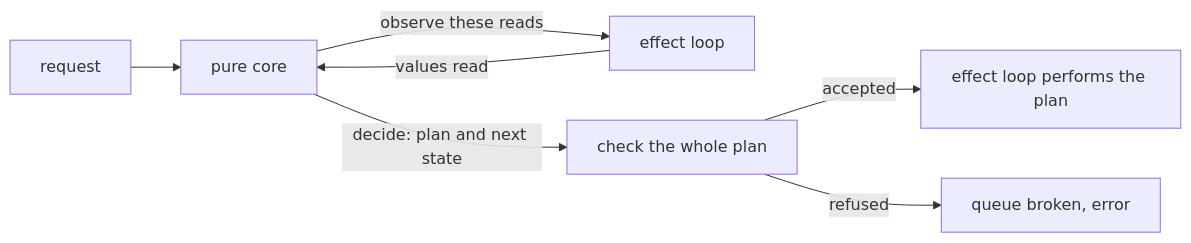
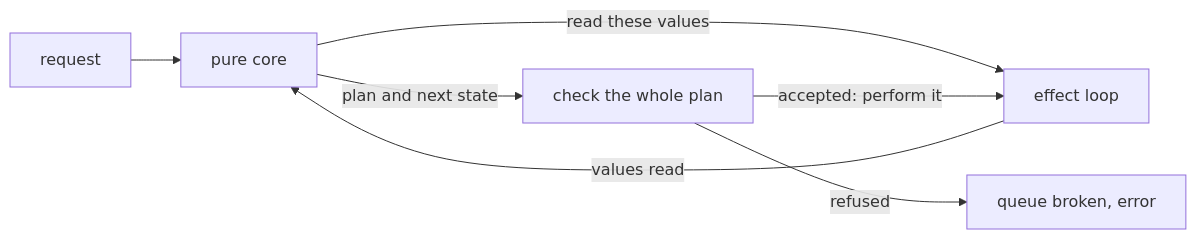
Before and after one commit to nshkrdotcom/erXos: the diagram in docs/book/06-construction.md, drawn with Mermaid. The commit also changed other lines of this file, not shown here.

````diff
--- a/docs/book/06-construction.md
+++ b/docs/book/06-construction.md
@@ -317,9 +315,9 @@
 ```mermaid
 flowchart LR
     req[request] --> core[pure core]
-    core -->|observe these reads| loop[effect loop]
+    core -->|read these values| loop[effect loop]
     loop -->|values read| core
-    core -->|decide: plan and next state| check[check the whole plan]
-    check -->|accepted| loop2[effect loop performs the plan]
+    core -->|plan and next state| check[check the whole plan]
+    check -->|accepted: perform it| loop
     check -->|refused| broken[queue broken, error]
 ```
````
